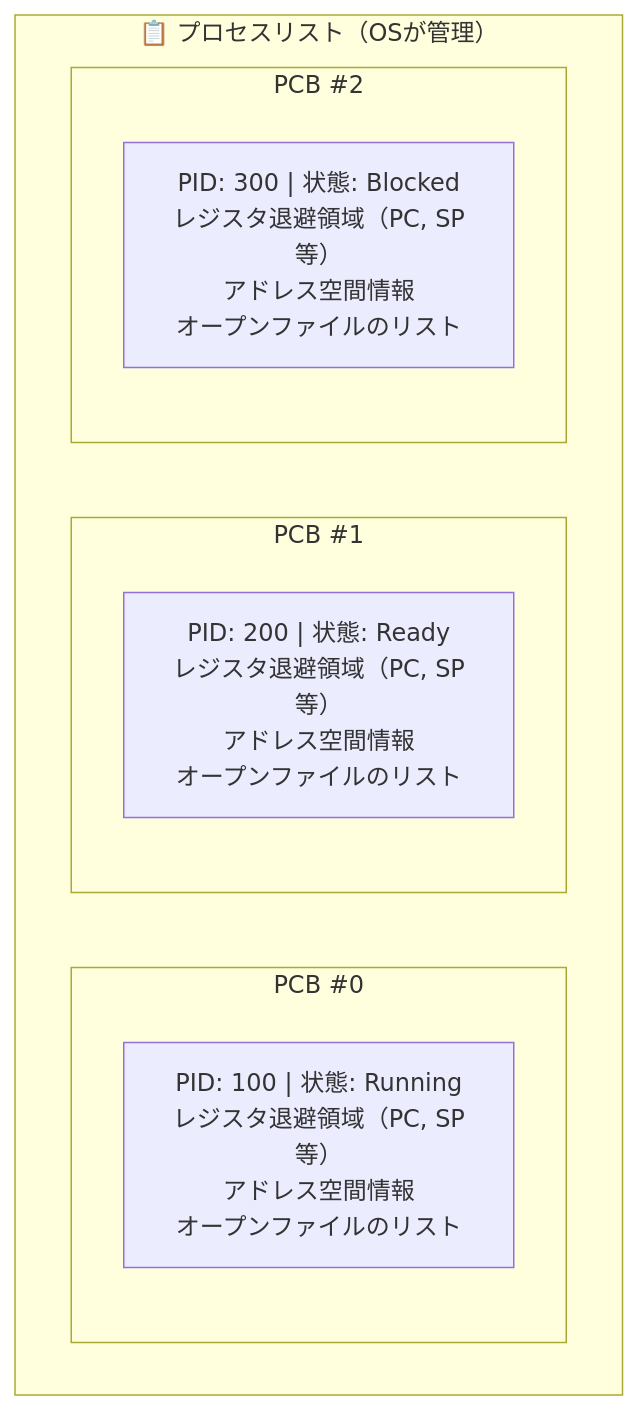
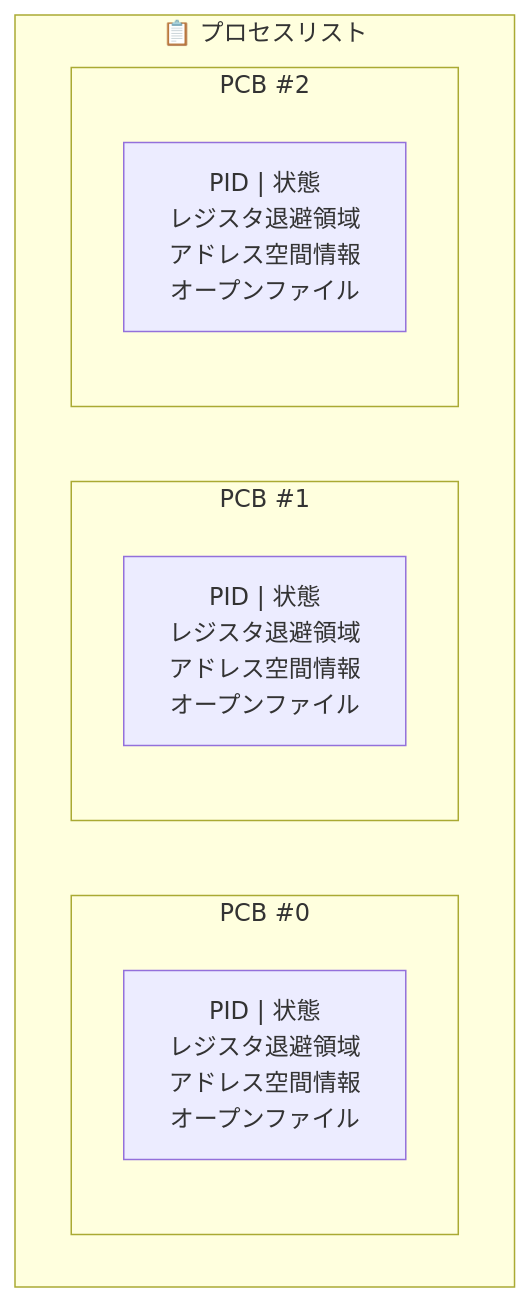
Before and after one commit to tonton-k37/study-notes: the third of 3 diagrams in three-easy-pieces-note/04.md, drawn with Mermaid. The commit also changed other lines of this file and 33 other files, not shown here.

````diff
--- a/three-easy-pieces-note/04.md
+++ b/three-easy-pieces-note/04.md
@@ -124,14 +126,14 @@
 ```mermaid
 graph TD
-    subgraph PLIST["📋 プロセスリスト（OSが管理）"]
+    subgraph PLIST["📋 プロセスリスト"]
         subgraph P0["PCB #0"]
-            P0_info["PID: 100 | 状態: Running<br/>レジスタ退避領域（PC, SP等）<br/>アドレス空間情報<br/>オープンファイルのリスト"]
+            P_info["PID | 状態<br/>レジスタ退避領域<br/>アドレス空間情報<br/>オープンファイル"]
         end
         subgraph P1["PCB #1"]
-            P1_info["PID: 200 | 状態: Ready<br/>レジスタ退避領域（PC, SP等）<br/>アドレス空間情報<br/>オープンファイルのリスト"]
+            P1_info["PID | 状態<br/>レジスタ退避領域<br/>アドレス空間情報<br/>オープンファイル"]
         end
         subgraph P2["PCB #2"]
-            P2_info["PID: 300 | 状態: Blocked<br/>レジスタ退避領域（PC, SP等）<br/>アドレス空間情報<br/>オープンファイルのリスト"]
+            P2_info["PID | 状態<br/>レジスタ退避領域<br/>アドレス空間情報<br/>オープンファイル"]
         end
     end
 ```
````
